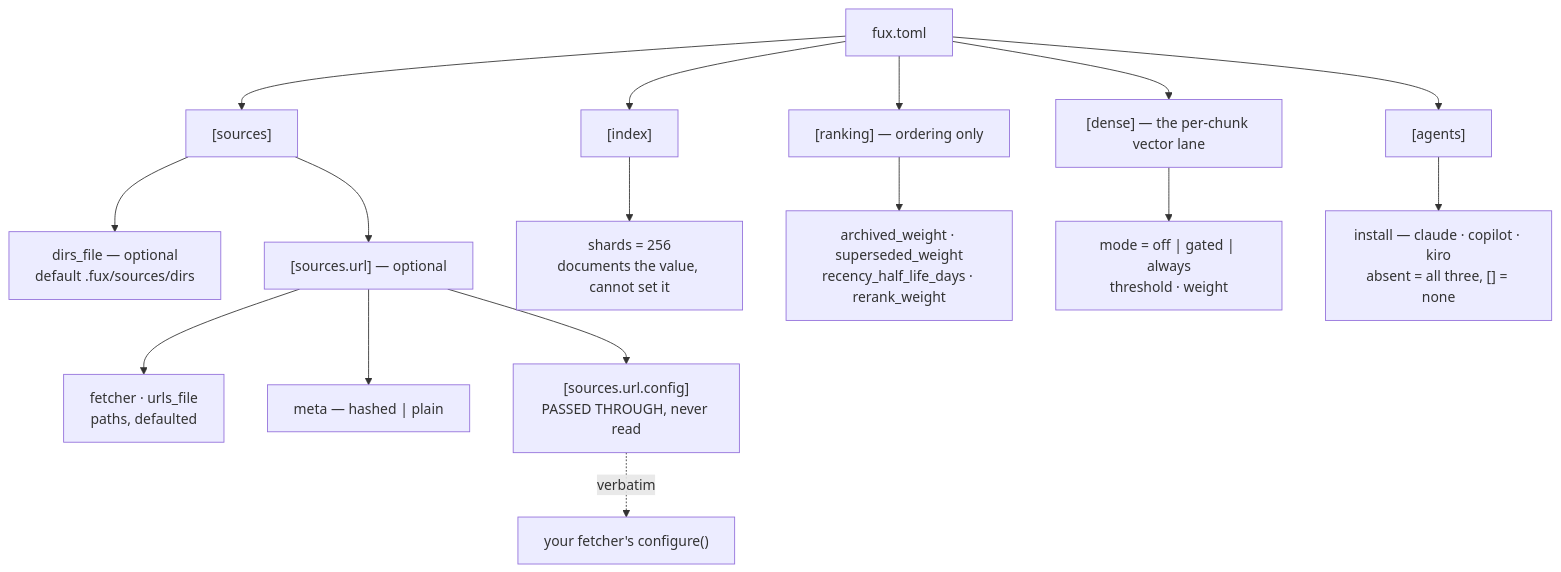
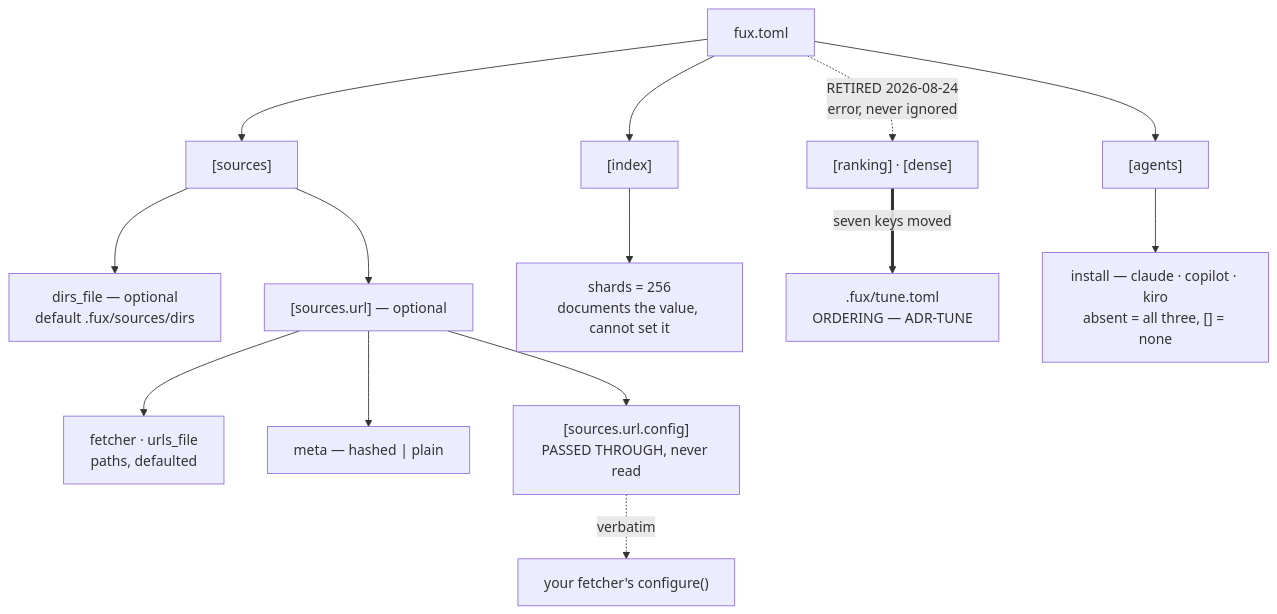
One commit to arpitarya/fux changed the diagram in docs/adr/0014_config.md. Above: the diagram before and after it, drawn with Mermaid. The commit also changed other lines of this file and 48 other files, not shown here.

First line of the commit message:
feat: ADR-TUNE built -- the tunables file, per-source priority, and a stats plane that was baking a tunable

````diff
--- a/docs/adr/0014_config.md
+++ b/docs/adr/0014_config.md
@@ -53,18 +53,16 @@
 ```mermaid
 flowchart TD
     F["fux.toml"] --> S["[sources]"]
     S --> D["dirs_file — optional<br/>default .fux/sources/dirs"]
     S --> U["[sources.url] — optional"]
     U --> M["fetcher · urls_file<br/>paths, defaulted"]
     U --> ME["meta — hashed | plain"]
     U --> CF["[sources.url.config]<br/>PASSED THROUGH, never read"]
     F --> I["[index]"]
     I --> SH["shards = 256<br/>documents the value, cannot set it"]
-    F --> R["[ranking] — ordering only"]
-    R --> RW["archived_weight · superseded_weight<br/>recency_half_life_days · rerank_weight"]
-    F --> DN["[dense] — the per-chunk vector lane"]
-    DN --> DM["mode = off | gated | always<br/>threshold · weight"]
+    F -.->|"RETIRED 2026-08-24<br/>error, never ignored"| RT["[ranking] · [dense]"]
+    RT ==>|"seven keys moved"| TU[".fux/tune.toml<br/>ORDERING — ADR-TUNE"]
     F --> AG["[agents]"]
     AG --> AI["install — claude · copilot · kiro<br/>absent = all three, [] = none"]
     CF -.->|"verbatim"| MW["your fetcher's configure()"]
 ```
````
